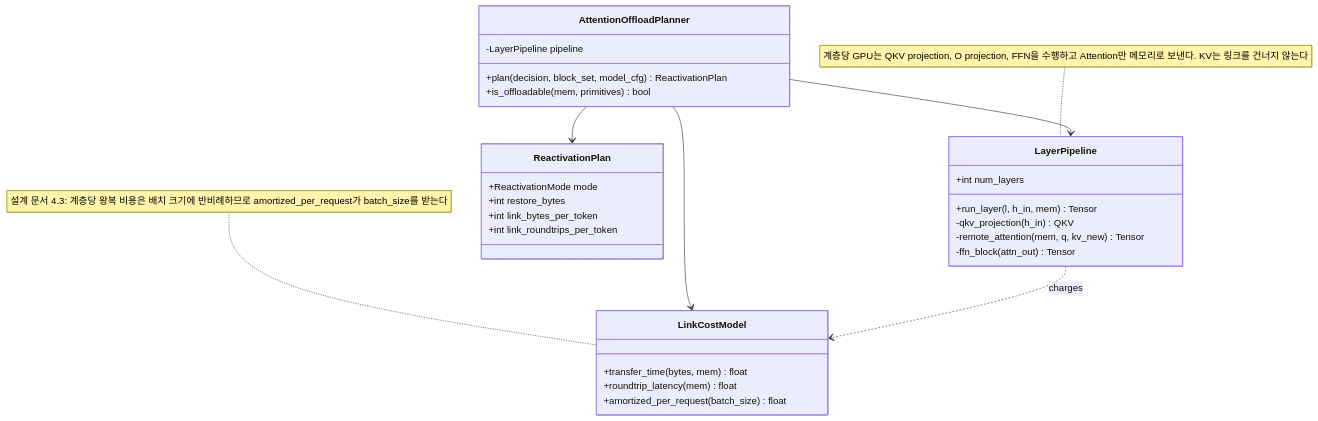
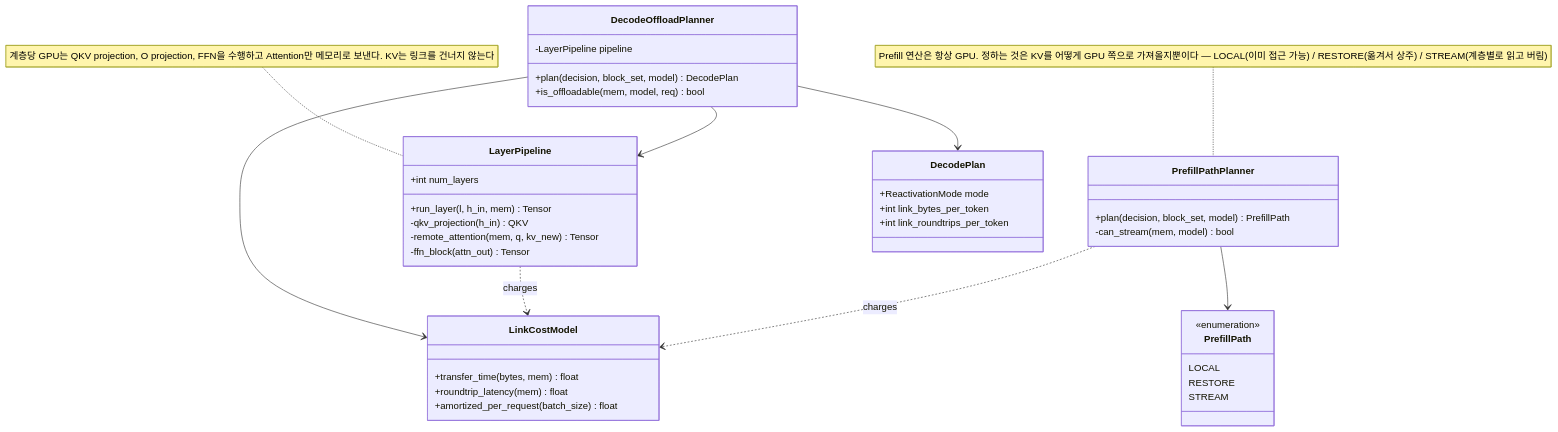
The fifth of 11 diagrams in doc-architect/dp1-implementation-uml.md (mkim0628/vllm), drawn with Mermaid before and after one commit. The commit also changed other lines of this file and 1 other file, not shown here.

First line of the commit message:
docs(dp1): bring the UML in line with the two decision points

````diff
--- a/doc-architect/dp1-implementation-uml.md
+++ b/doc-architect/dp1-implementation-uml.md
@@ -425,37 +492,50 @@
 ```mermaid
 classDiagram
-    class AttentionOffloadPlanner {
+    class PrefillPathPlanner {
+        +plan(decision, block_set, model) PrefillPath
+        -can_stream(mem, model) bool
+    }
+
+    class PrefillPath {
+        <<enumeration>>
+        LOCAL
+        RESTORE
+        STREAM
+    }
+
+    class DecodeOffloadPlanner {
         -LayerPipeline pipeline
-        +plan(decision, block_set, model_cfg) ReactivationPlan
-        +is_offloadable(mem, primitives) bool
+        +plan(decision, block_set, model) DecodePlan
+        +is_offloadable(mem, model, req) bool
     }
 
     class LayerPipeline {
         +int num_layers
         +run_layer(l, h_in, mem) Tensor
         -qkv_projection(h_in) QKV
         -remote_attention(mem, q, kv_new) Tensor
         -ffn_block(attn_out) Tensor
     }
 
-    class ReactivationPlan {
+    class DecodePlan {
         +ReactivationMode mode
-        +int restore_bytes
         +int link_bytes_per_token
         +int link_roundtrips_per_token
     }
 
     class LinkCostModel {
         +transfer_time(bytes, mem) float
         +roundtrip_latency(mem) float
         +amortized_per_request(batch_size) float
     }
 
-    AttentionOffloadPlanner --> LayerPipeline
-    AttentionOffloadPlanner --> ReactivationPlan
-    AttentionOffloadPlanner --> LinkCostModel
+    PrefillPathPlanner --> PrefillPath
+    DecodeOffloadPlanner --> LayerPipeline
+    DecodeOffloadPlanner --> DecodePlan
+    DecodeOffloadPlanner --> LinkCostModel
     LayerPipeline ..> LinkCostModel : charges
+    PrefillPathPlanner ..> LinkCostModel : charges
 
+    note for PrefillPathPlanner "Prefill 연산은 항상 GPU. 정하는 것은 KV를 어떻게 GPU 쪽으로 가져올지뿐이다 — LOCAL(이미 접근 가능) / RESTORE(옮겨서 상주) / STREAM(계층별로 읽고 버림)"
     note for LayerPipeline "계층당 GPU는 QKV projection, O projection, FFN을 수행하고 Attention만 메모리로 보낸다. KV는 링크를 건너지 않는다"
-    note for LinkCostModel "설계 문서 4.3: 계층당 왕복 비용은 배치 크기에 반비례하므로 amortized_per_request가 batch_size를 받는다"
 ```
````
